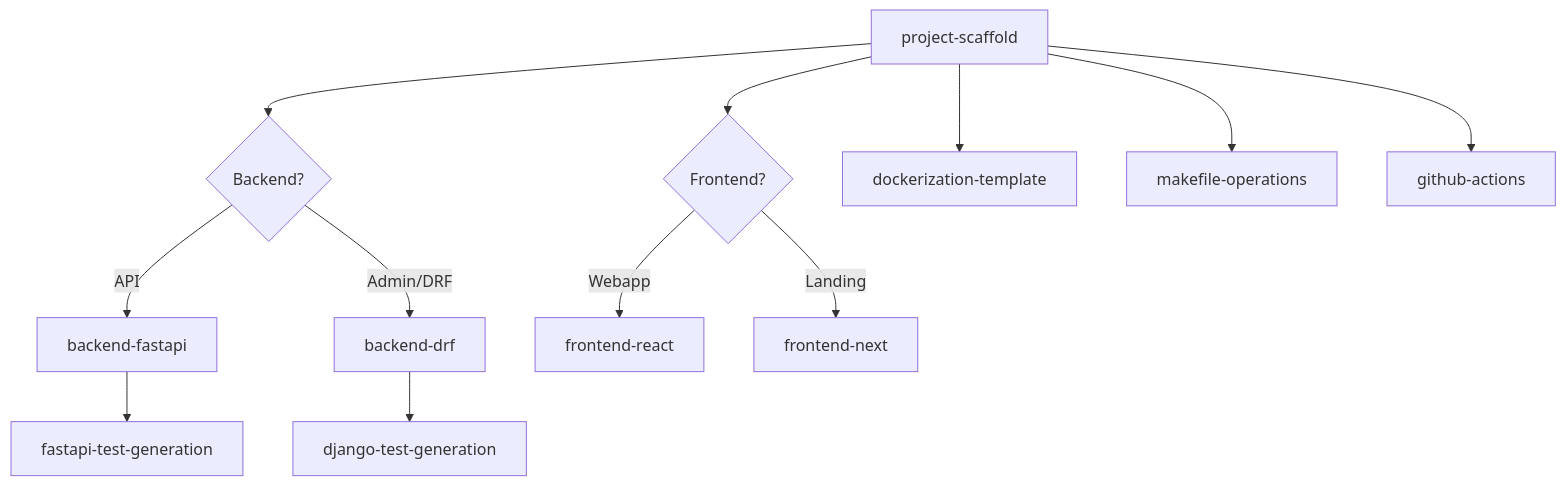
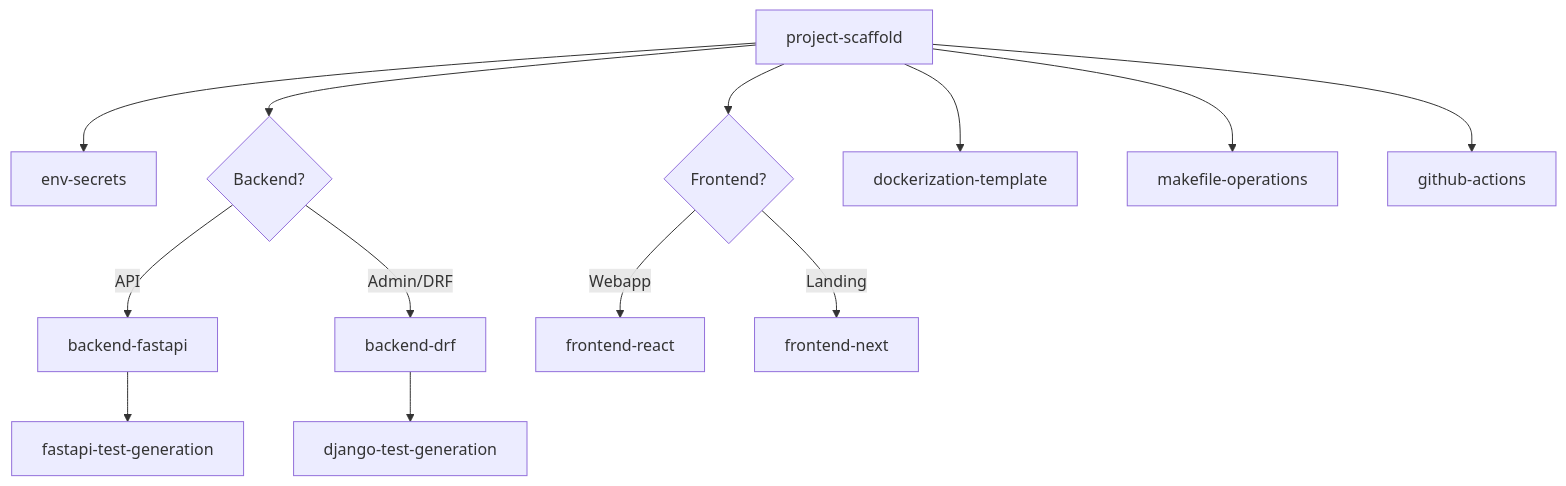
Before and after one commit to carlosedm10/skills: the diagram in skills/project-scaffold/SKILL.md, drawn with Mermaid. The commit also changed other lines of this file and 8 other files, not shown here.

First line of the commit message:
Add env-secrets skill for direnv, secret management, and canonical gitignore (#2)

````diff
--- a/skills/project-scaffold/SKILL.md
+++ b/skills/project-scaffold/SKILL.md
@@ -203,14 +183,15 @@
 ```mermaid
 flowchart TD
-  scaffold[project-scaffold] --> backendChoice{Backend?}
+  scaffold[project-scaffold] --> envSecrets[env-secrets]
+  scaffold --> backendChoice{Backend?}
   backendChoice -->|API| fastapi[backend-fastapi]
   backendChoice -->|Admin/DRF| drf[backend-drf]
   scaffold --> frontendChoice{Frontend?}
   frontendChoice -->|Webapp| react[frontend-react]
   frontendChoice -->|Landing| next[frontend-next]
   scaffold --> docker[dockerization-template]
   scaffold --> makefile[makefile-operations]
   scaffold --> gh[github-actions]
   fastapi --> pytestTests[fastapi-test-generation]
   drf --> djangoTests[django-test-generation]
 ```
````
